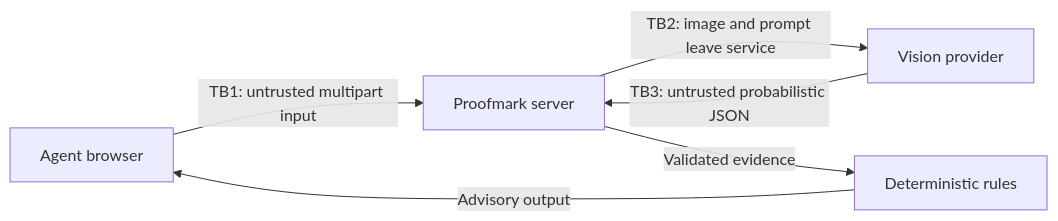
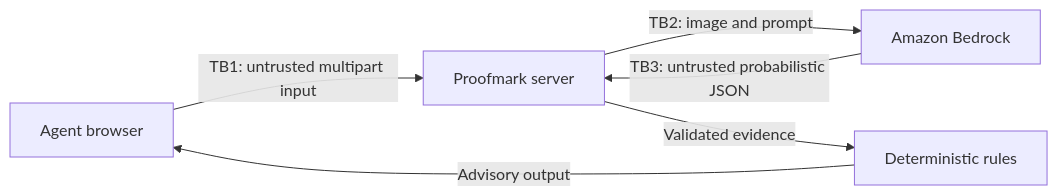
Before and after one commit to ivproduced/Treasury-Take-Home: the diagram in docs/threat-model.md, drawn with Mermaid. The commit also changed other lines of this file and 16 other files, not shown here.

Commit message:
Migrate vision extraction to Amazon Bedrock

````diff
--- a/docs/threat-model.md
+++ b/docs/threat-model.md
@@ -17,8 +17,8 @@
 ```mermaid
 flowchart LR
     U[Agent browser] -->|TB1: untrusted multipart input| S[Proofmark server]
-    S -->|TB2: image and prompt leave service| M[Vision provider]
+    S -->|TB2: image and prompt| M[Amazon Bedrock]
     M -->|TB3: untrusted probabilistic JSON| S
     S -->|Validated evidence| D[Deterministic rules]
     D -->|Advisory output| U
 ```
````
